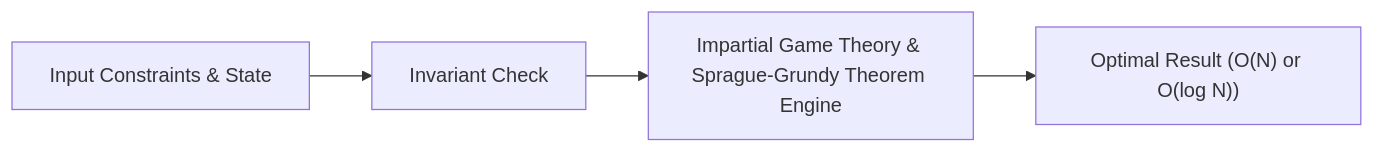
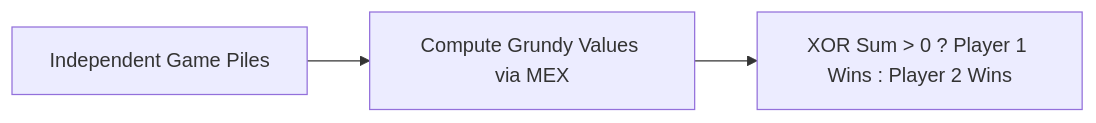
One commit to dip4k/DSA_102 changed the diagram in week_17_advanced_graphs_hld_fft/Week_17_Day_03_Game_Theory_Nimbers_Instructional.md. Above: the diagram before and after it, drawn with Mermaid. The commit also changed other lines of this file and 70 other files, not shown here.

````diff
--- a/week_17_advanced_graphs_hld_fft/Week_17_Day_03_Game_Theory_Nimbers_Instructional.md
+++ b/week_17_advanced_graphs_hld_fft/Week_17_Day_03_Game_Theory_Nimbers_Instructional.md
@@ -28,6 +30,5 @@
 ```mermaid
 flowchart LR
-    Input["Input Constraints & State"] --> Analysis["Invariant Check"]
-    Analysis --> Engine["Impartial Game Theory & Sprague-Grundy Theorem Engine"]
-    Engine --> Output["Optimal Result (O(N) or O(log N))"]
+    Piles["Independent Game Piles"] --> Grundy["Compute Grundy Values via MEX"]
+    Grundy --> NimSum["XOR Sum > 0 ? Player 1 Wins : Player 2 Wins"]
 ```
````
